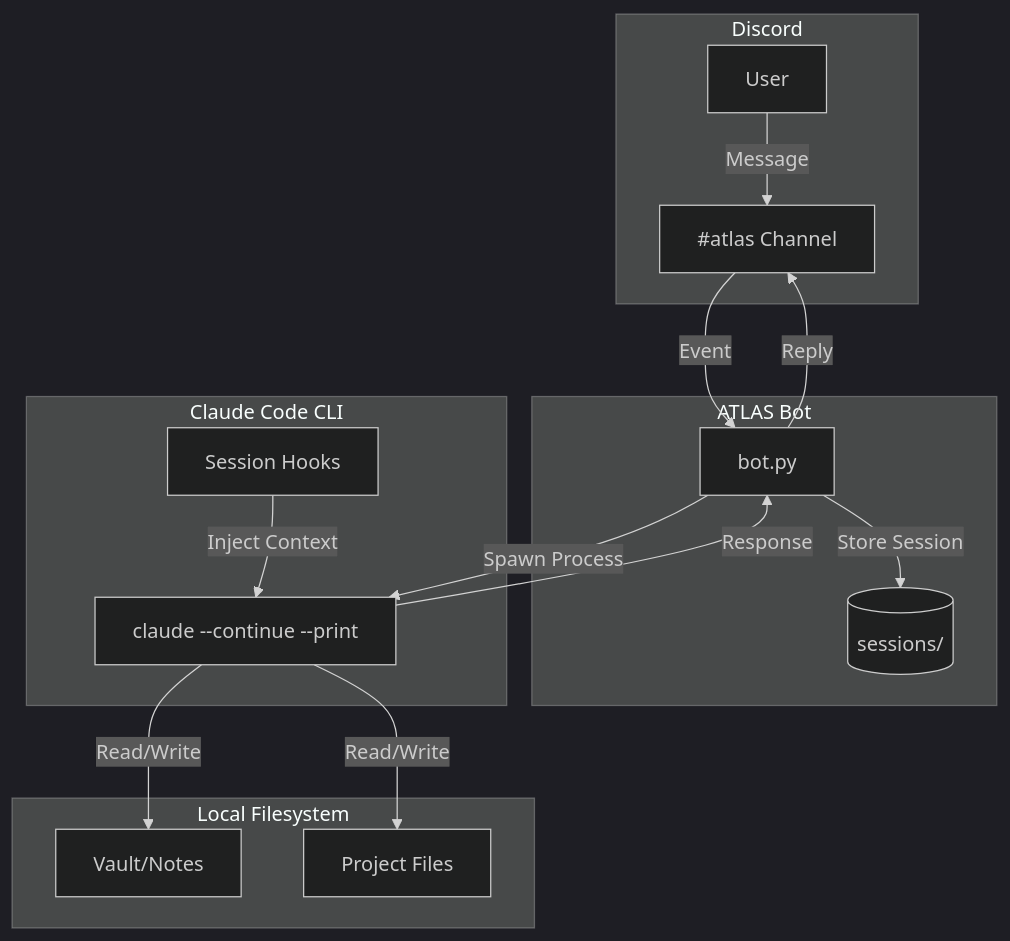
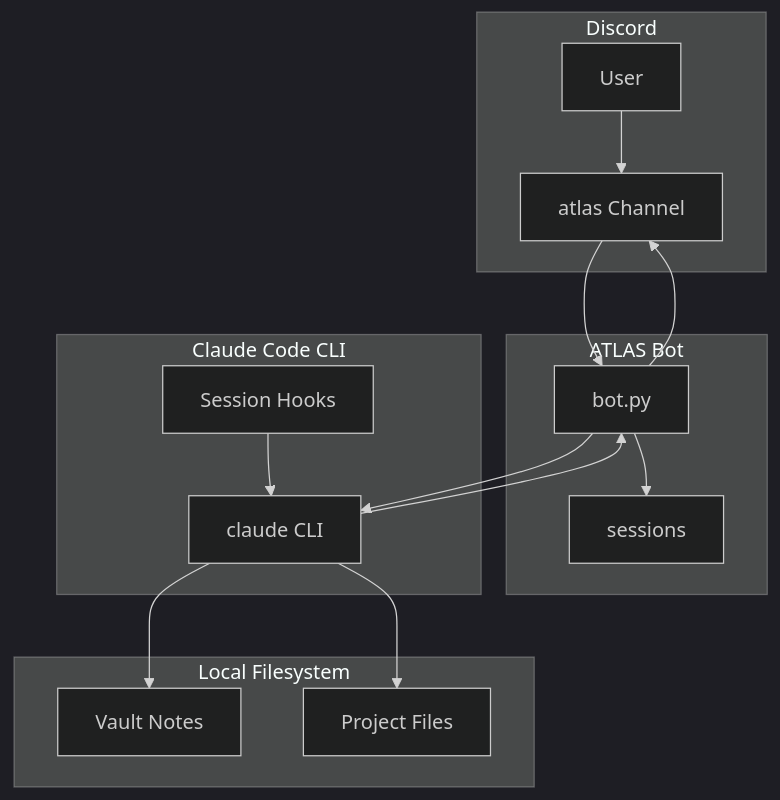
The first of 6 diagrams in README.md (jamesmoon2/ATLAS-bot), drawn with Mermaid (dark theme) before and after one commit. The commit also changed other lines of this file, not shown here.

First line of the commit message:
Simplify Mermaid diagrams for GitHub compatibility

````diff
--- a/README.md
+++ b/README.md
@@ -12,32 +12,32 @@
 ```mermaid
 flowchart TB
     subgraph Discord
         User[User]
-        Channel["#atlas Channel"]
+        Channel[atlas Channel]
     end
 
     subgraph ATLAS_Bot[ATLAS Bot]
         Bot[bot.py]
-        Sessions[(sessions/)]
+        Sessions[sessions]
     end
 
     subgraph Claude_CLI[Claude Code CLI]
-        Claude["claude --continue --print"]
+        Claude[claude CLI]
         Hooks[Session Hooks]
     end
 
     subgraph Filesystem[Local Filesystem]
-        Vault[Vault/Notes]
+        Vault[Vault Notes]
         Files[Project Files]
     end
 
-    User -->|Message| Channel
-    Channel -->|Event| Bot
-    Bot -->|Spawn Process| Claude
-    Bot -->|Store Session| Sessions
-    Claude -->|Read/Write| Vault
-    Claude -->|Read/Write| Files
-    Hooks -->|Inject Context| Claude
-    Claude -->|Response| Bot
-    Bot -->|Reply| Channel
+    User --> Channel
+    Channel --> Bot
+    Bot --> Claude
+    Bot --> Sessions
+    Claude --> Vault
+    Claude --> Files
+    Hooks --> Claude
+    Claude --> Bot
+    Bot --> Channel
 ```
````
